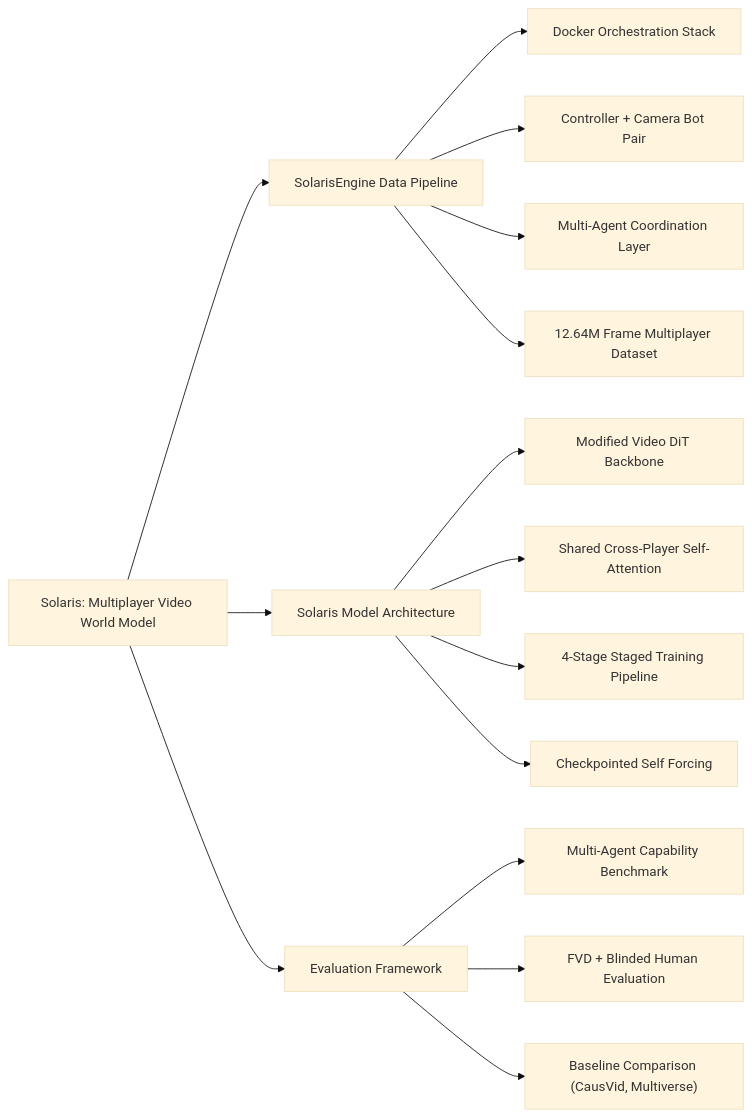
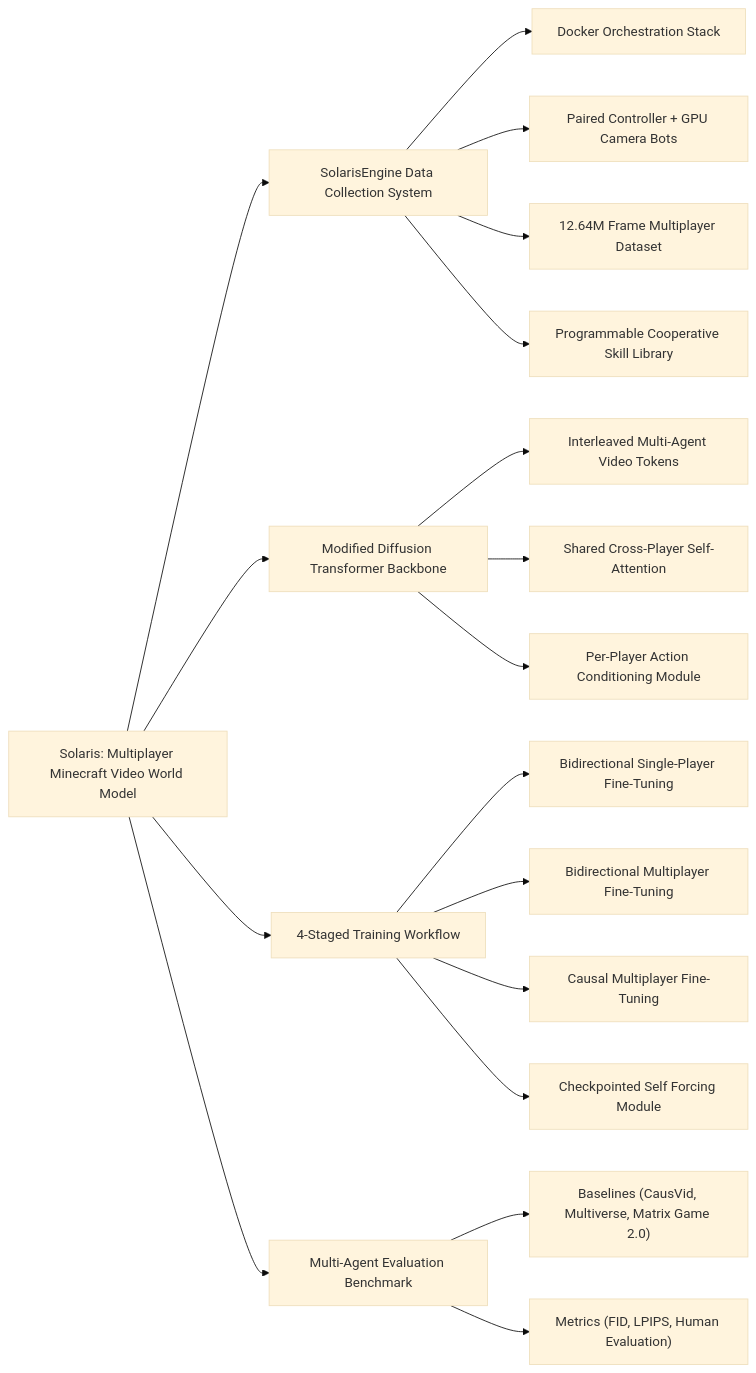
The diagram in Research_Notes/Solaris Building a Multiplayer Video World Model in Minecraft.md (DannyWANGD/PaperBrain), drawn with Mermaid (base theme) before and after one commit. The commit also changed other lines of this file and 9 other files, not shown here.

````diff
--- a/Research_Notes/Solaris Building a Multiplayer Video World Model in Minecraft.md
+++ b/Research_Notes/Solaris Building a Multiplayer Video World Model in Minecraft.md
@@ -91,37 +99,43 @@
 ```mermaid
 graph LR
-    A["Solaris: Multiplayer Video World Model"]
-    %% System Branch
-    B["SolarisEngine Data Pipeline"]
+    A["Solaris: Multiplayer Minecraft Video World Model"]
+    %% Data Pipeline Branch
+    B["SolarisEngine Data Collection System"]
     B1["Docker Orchestration Stack"]
-    B2["Controller + Camera Bot Pair"]
-    B3["Multi-Agent Coordination Layer"]
-    B4["12.64M Frame Multiplayer Dataset"]
-    %% Model Branch
-    C["Solaris Model Architecture"]
-    C1["Modified Video DiT Backbone"]
+    B2["Paired Controller + GPU Camera Bots"]
+    B3["12.64M Frame Multiplayer Dataset"]
+    B4["Programmable Cooperative Skill Library"]
+    %% Model Architecture Branch
+    C["Modified Diffusion Transformer Backbone"]
+    C1["Interleaved Multi-Agent Video Tokens"]
     C2["Shared Cross-Player Self-Attention"]
-    C3["4-Stage Staged Training Pipeline"]
-    C4["Checkpointed Self Forcing"]
+    C3["Per-Player Action Conditioning Module"]
+    %% Training Pipeline Branch
+    D["4-Staged Training Workflow"]
+    D1["Bidirectional Single-Player Fine-Tuning"]
+    D2["Bidirectional Multiplayer Fine-Tuning"]
+    D3["Causal Multiplayer Fine-Tuning"]
+    D4["Checkpointed Self Forcing Module"]
     %% Evaluation Branch
-    D["Evaluation Framework"]
-    D1["Multi-Agent Capability Benchmark"]
-    D2["FVD + Blinded Human Evaluation"]
-    D3["Baseline Comparison (CausVid, Multiverse)"]
-
+    E["Multi-Agent Evaluation Benchmark"]
+    E1["Baselines (CausVid, Multiverse, Matrix Game 2.0)"]
+    E2["Metrics (FID, LPIPS, Human Evaluation)"]
     %% Edges
     A --> B
     A --> C
     A --> D
+    A --> E
     B --> B1
     B --> B2
     B --> B3
     B --> B4
     C --> C1
     C --> C2
     C --> C3
-    C --> C4
     D --> D1
     D --> D2
     D --> D3
+    D --> D4
+    E --> E1
+    E --> E2
 ```
````
